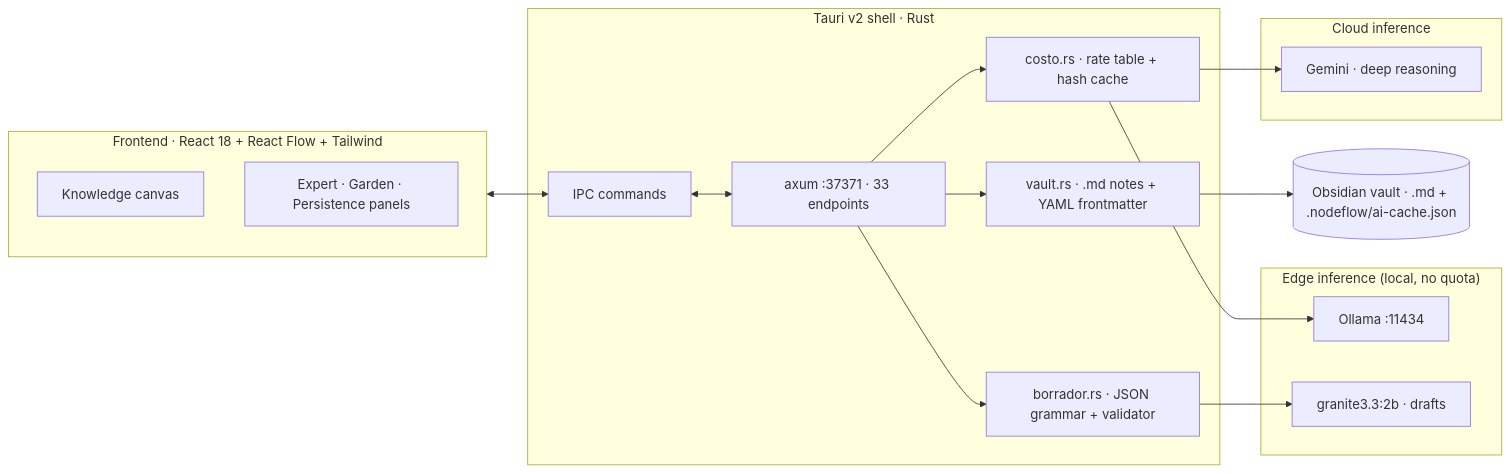
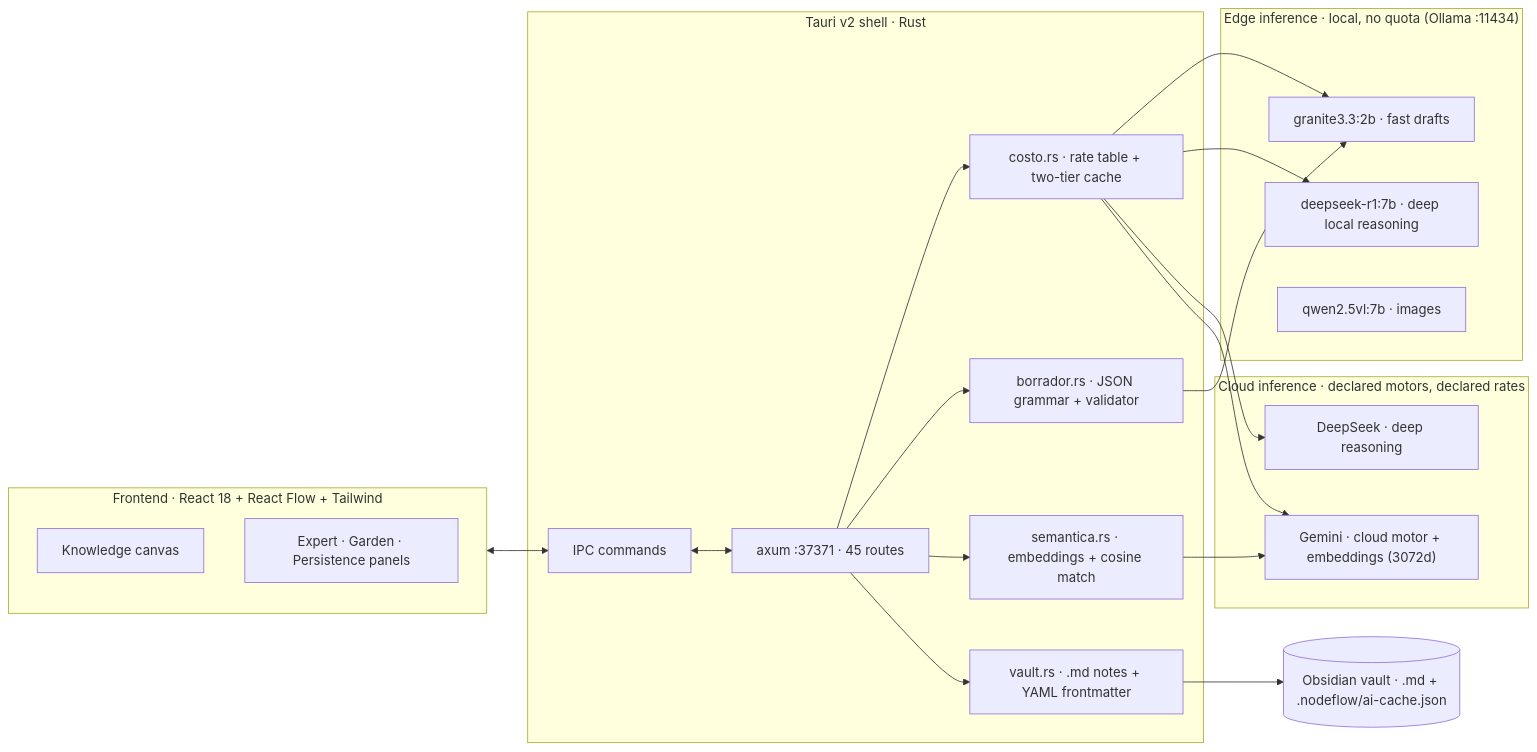
The diagram in README.md (NeonEden/NodeFlow), drawn with Mermaid before and after one commit. The commit also changed other lines of this file and 1 other file, not shown here.

````diff
--- a/README.md
+++ b/README.md
@@ -38,34 +38,40 @@
 ```mermaid
 flowchart LR
   subgraph UI["Frontend · React 18 + React Flow + Tailwind"]
     C[Knowledge canvas]
     P[Expert · Garden · Persistence panels]
   end
 
   subgraph CORE["Tauri v2 shell · Rust"]
     IPC[IPC commands]
-    AX["axum :37371 · 33 endpoints"]
-    COST["costo.rs · rate table + hash cache"]
+    AX["axum :37371 · 45 routes"]
+    COST["costo.rs · rate table + two-tier cache"]
+    SEM["semantica.rs · embeddings + cosine match"]
     BOR["borrador.rs · JSON grammar + validator"]
     VAU["vault.rs · .md notes + YAML frontmatter"]
   end
 
-  subgraph EDGE["Edge inference (local, no quota)"]
-    OL["Ollama :11434"]
-    GR["granite3.3:2b · drafts"]
+  subgraph EDGE["Edge inference · local, no quota (Ollama :11434)"]
+    GR["granite3.3:2b · fast drafts"]
+    R1["deepseek-r1:7b · deep local reasoning"]
+    VL["qwen2.5vl:7b · images"]
   end
 
-  subgraph CLOUD["Cloud inference"]
-    GE["Gemini · deep reasoning"]
+  subgraph CLOUD["Cloud inference · declared motors, declared rates"]
+    DS["DeepSeek · deep reasoning"]
+    GE["Gemini · cloud motor + embeddings (3072d)"]
   end
 
   VAULT[("Obsidian vault · .md + .nodeflow/ai-cache.json")]
 
   UI <--> IPC
   IPC <--> AX
   AX --> COST
-  COST --> OL
+  COST --> GR
+  COST --> R1
+  COST --> DS
   COST --> GE
   AX --> BOR --> GR
+  AX --> SEM --> GE
   AX --> VAU --> VAULT
 ```
````
